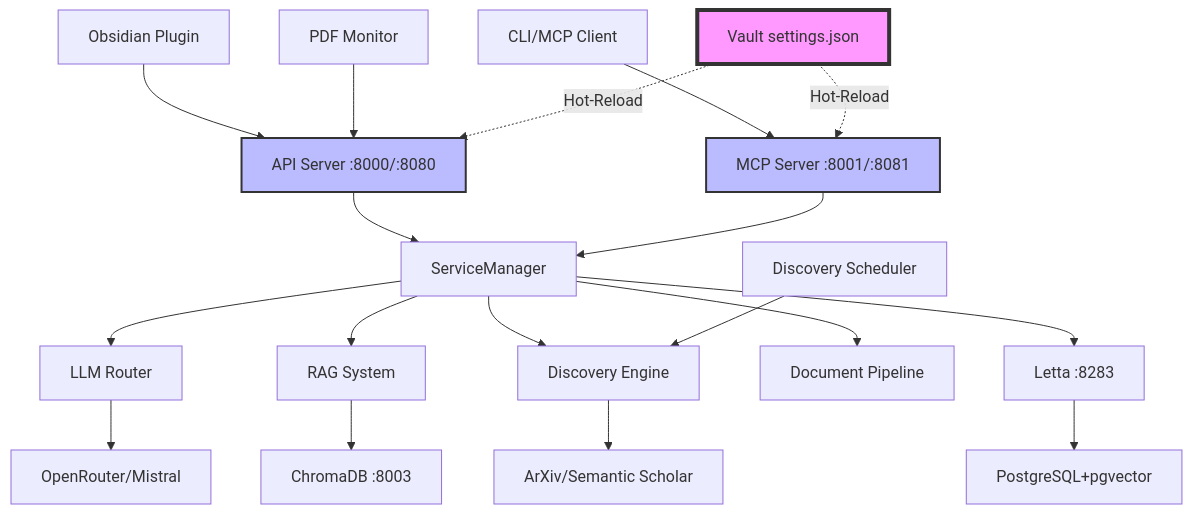
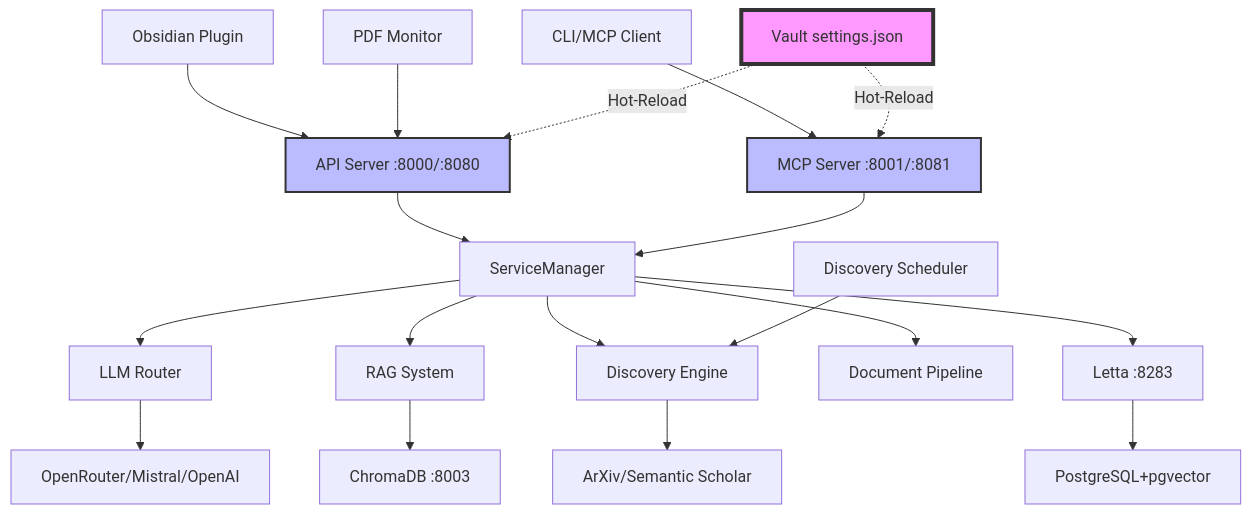
One commit to acertainKnight/project-thoth changed the diagram in README.md. Above: the diagram before and after it, drawn with Mermaid. The commit also changed other lines of this file and 89 other files, not shown here.

````diff
--- a/README.md
+++ b/README.md
@@ -209,30 +241,30 @@
 ```mermaid
 graph TD
     A[Obsidian Plugin] --> B[API Server :8000/:8080]
     C[CLI/MCP Client] --> D[MCP Server :8001/:8081]
 
     B --> E[ServiceManager]
     D --> E
 
     E --> F[LLM Router]
     E --> G[RAG System]
     E --> H[Discovery Engine]
     E --> I[Document Pipeline]
 
-    F --> J[OpenRouter/Mistral]
+    F --> J[OpenRouter/Mistral/OpenAI]
     G --> K[ChromaDB :8003]
     E --> L[Letta :8283]
     H --> M[ArXiv/Semantic Scholar]
 
     L --> N[PostgreSQL+pgvector]
 
     O[PDF Monitor] --> B
     P[Discovery Scheduler] --> H
 
     Q[Vault settings.json] -.->|Hot-Reload| B
     Q -.->|Hot-Reload| D
 
     style Q fill:#f9f,stroke:#333,stroke-width:4px
     style B fill:#bbf,stroke:#333,stroke-width:2px
     style D fill:#bbf,stroke:#333,stroke-width:2px
 ```
````
